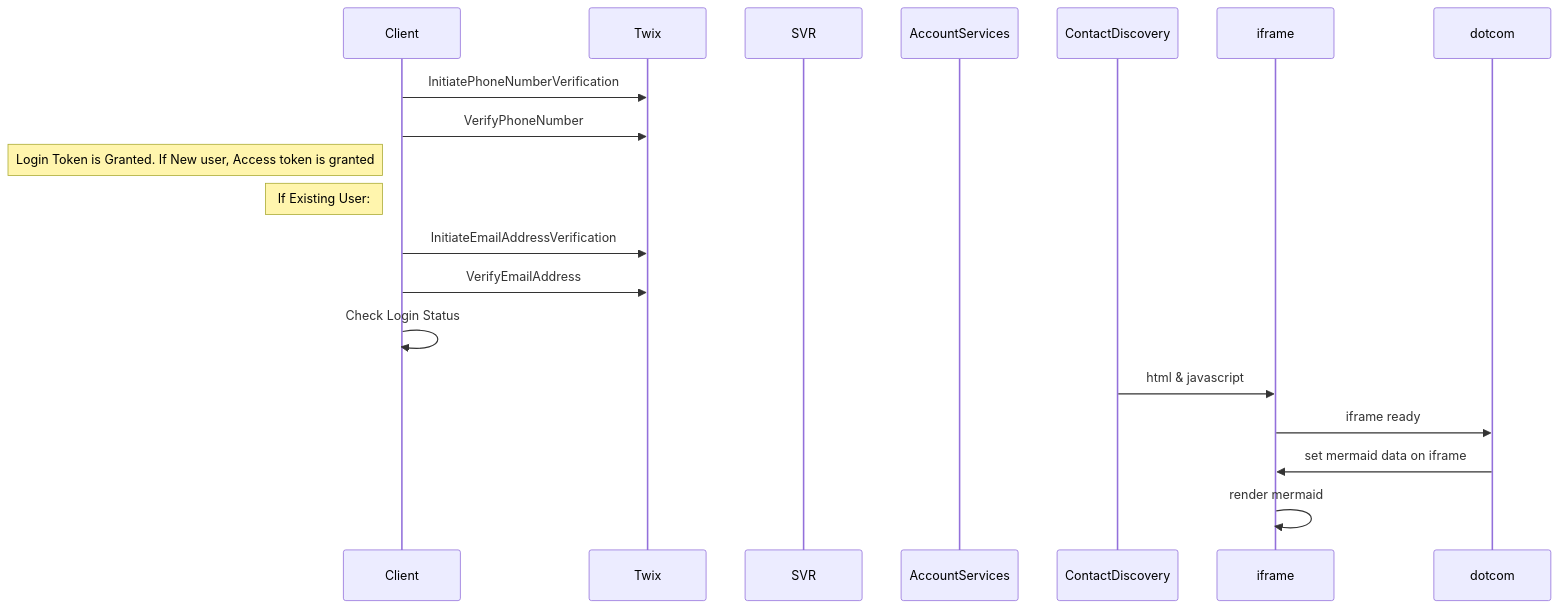
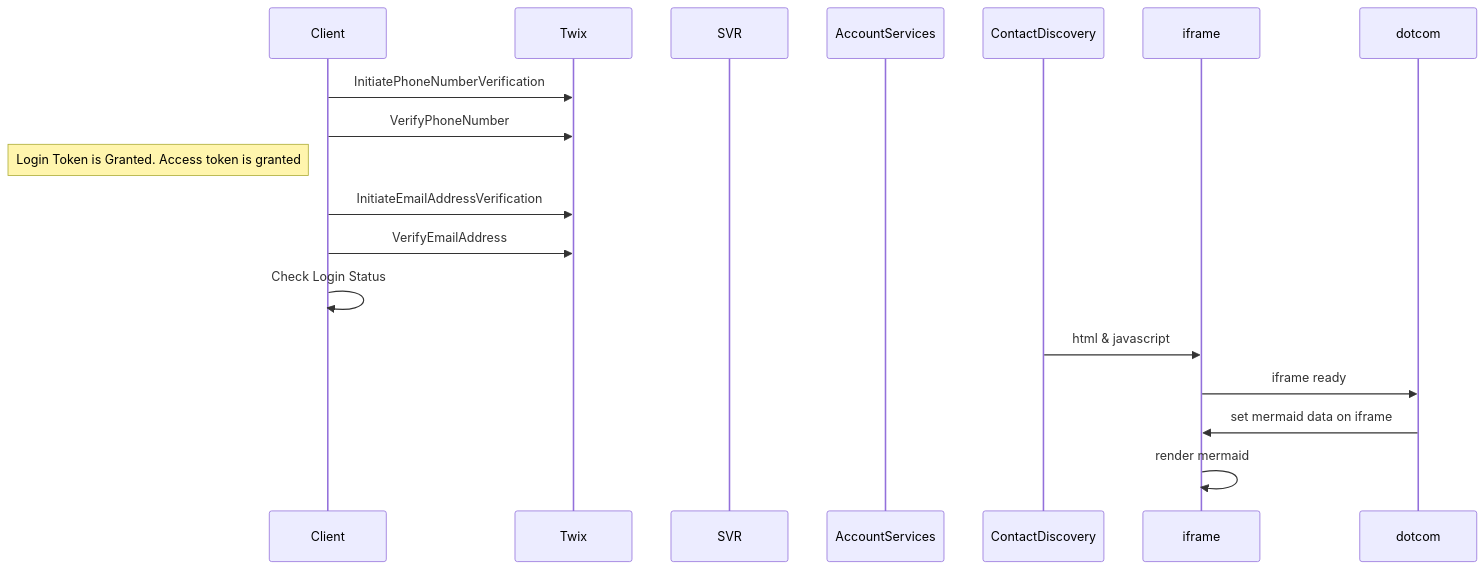
One commit to trunkafunk/trunkafunk changed the second of 2 diagrams in testfile.MD. Above: the diagram before and after it, drawn with Mermaid. The commit also changed other lines of this file, not shown here.

````diff
--- a/testfile.MD
+++ b/testfile.MD
@@ -4,23 +30,22 @@
 ```mermaid
 sequenceDiagram
     participant Client
     participant Twix
     participant SVR
     Client->>Twix: InitiatePhoneNumberVerification 
     Client->>Twix: VerifyPhoneNumber
-    Note left of Client: Login Token is Granted. If New user, Access token is granted
-    Note left of Client: If Existing User:
+    Note left of Client: Login Token is Granted. Access token is granted
     Client->>Twix: InitiateEmailAddressVerification
     Client->>Twix: VerifyEmailAddress
     Client->>Client: Check Login Status
     
     
     participant AccountServices
     participant ContactDiscovery
     
     ContactDiscovery->>iframe: html & javascript
 
     iframe->>dotcom: iframe ready
     dotcom->>iframe: set mermaid data on iframe
     iframe->>iframe: render mermaid
 ```
````
